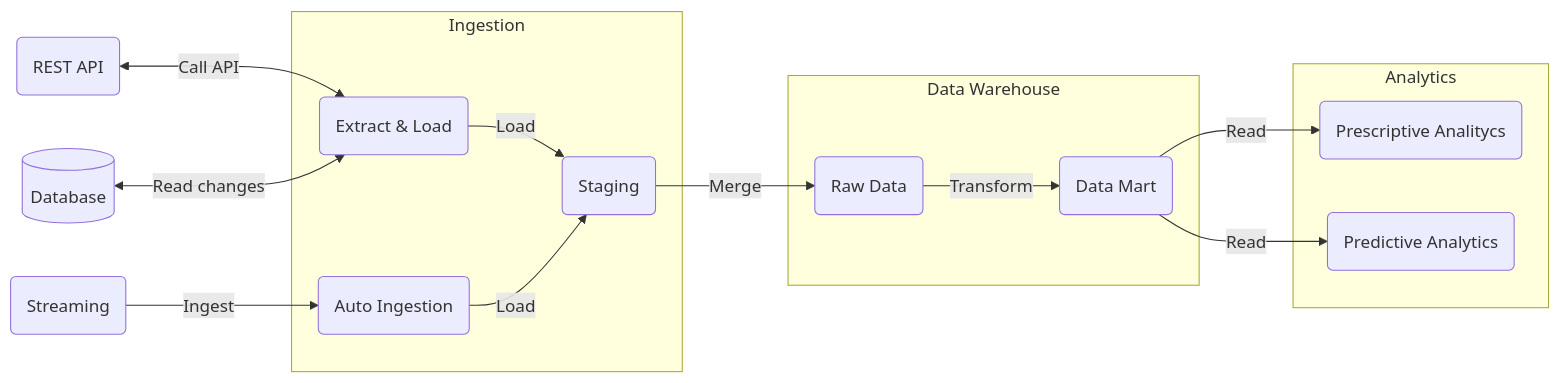
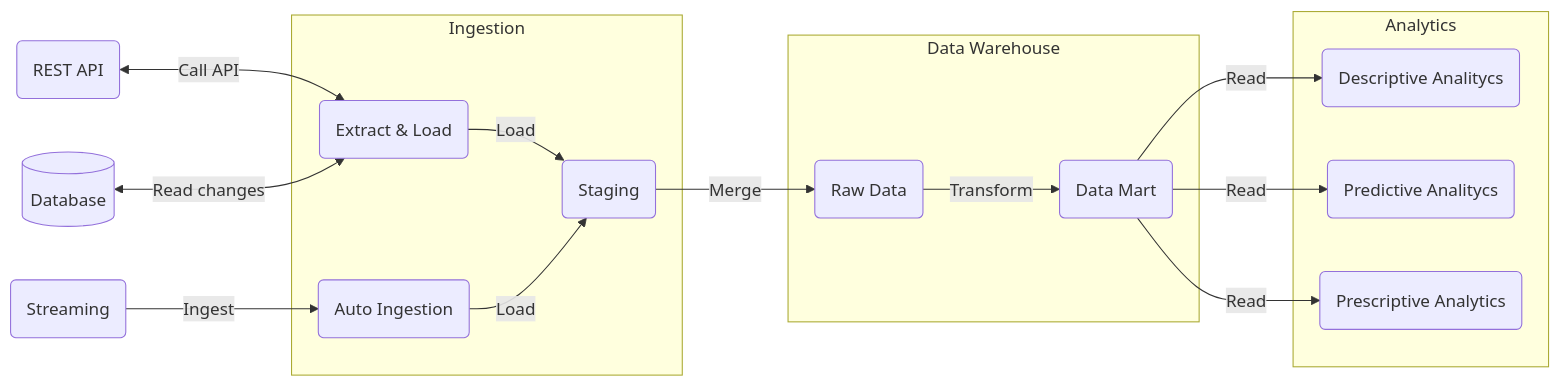
The first of 4 diagrams in Architecture.md (francesco-quaratino/senior-data-engineer-assignment), drawn with Mermaid before and after one commit. The commit also changed other lines of this file, not shown here.

````diff
--- a/Architecture.md
+++ b/Architecture.md
@@ -5,44 +5,47 @@
 ```mermaid
 
 flowchart LR;
   
   source_api(REST API) <--> 
     |Call API| extract_n_load
 
   source_database[(Database)] <-->
     |Read changes| extract_n_load
 
   source_stream(Streaming) -->
     |Ingest| auto_ingestions          
    
   subgraph Ingestion
 
     extract_n_load(Extract & Load) -->
       |Load| staging
 
     auto_ingestions(Auto Ingestion) -->
       |Load| staging
       
   end
 
   subgraph Data Warehouse
 
     staging(Staging) -->
       |Merge| raw_data
 
     raw_data(Raw Data) -->
       |Transform| mart
 
   end
     
   subgraph Analytics
 
     mart(Data Mart) --> 
-      | Read | prescriptive(Prescriptive Analitycs)
+      | Read | descriptive(Descriptive Analitycs)
+      
+    mart(Data Mart) --> 
+      | Read | predictive(Predictive Analitycs) 
 
     mart(Data Mart) --> 
-      | Read | predictive(Predictive Analytics)
+      | Read | prescriptive(Prescriptive Analytics)
 
   end
    
 ```
````
